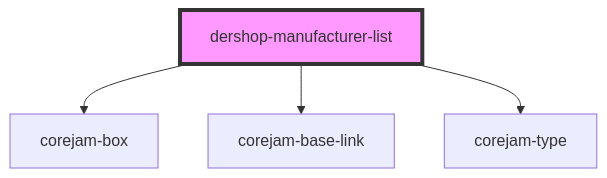
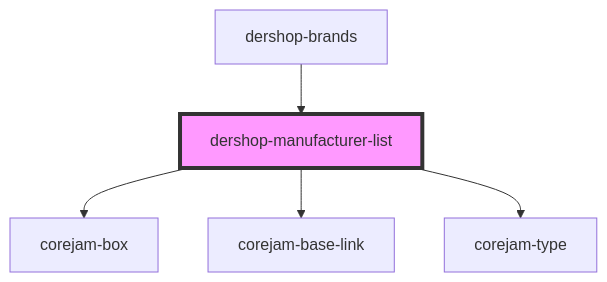
The diagram in packages/plugins/dershop/app/components/dershop-manufacturer-list/readme.md (corejam/corejam), drawn with Mermaid before and after one commit. The commit also changed other lines of this file and 6 other files, not shown here.

````diff
--- a/packages/plugins/dershop/app/components/dershop-manufacturer-list/readme.md
+++ b/packages/plugins/dershop/app/components/dershop-manufacturer-list/readme.md
@@ -17,7 +21,8 @@
 ```mermaid
 graph TD;
   dershop-manufacturer-list --> corejam-box
   dershop-manufacturer-list --> corejam-base-link
   dershop-manufacturer-list --> corejam-type
+  dershop-brands --> dershop-manufacturer-list
   style dershop-manufacturer-list fill:#f9f,stroke:#333,stroke-width:4px
 ```
````
